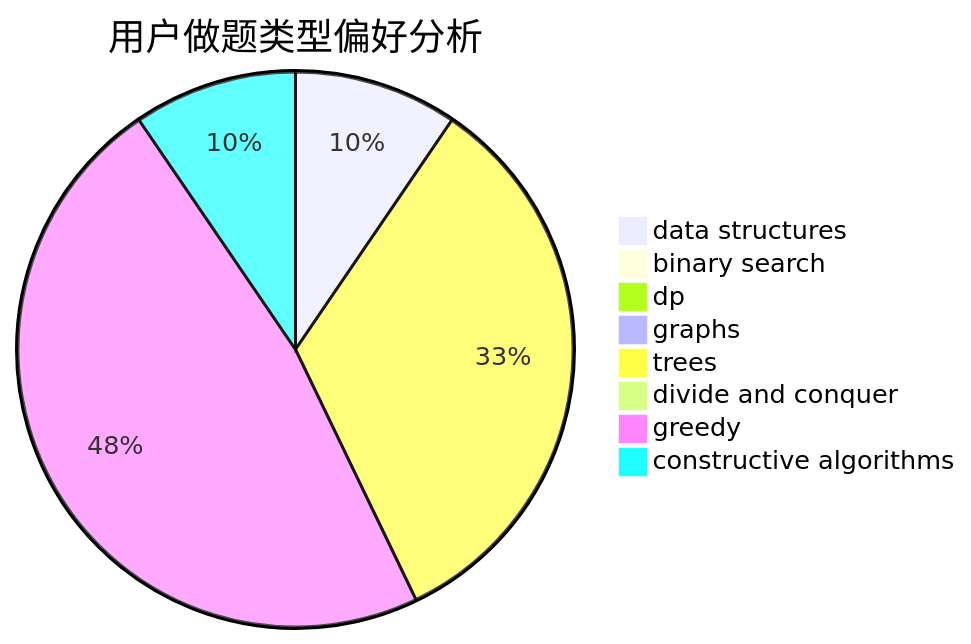
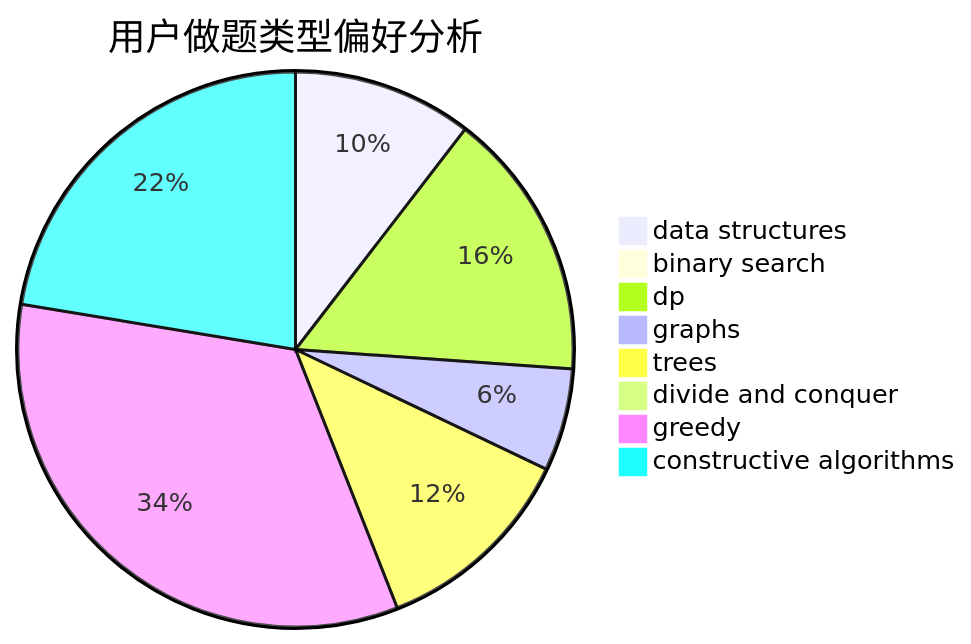
Before and after one commit to sherpahu/cfrs.github.io: the second of 3 diagrams in docs/user/u2559.md, drawn with Mermaid. The commit also changed other lines of this file and 2770 other files, not shown here.

````diff
--- a/docs/user/u2559.md
+++ b/docs/user/u2559.md
@@ -23,11 +23,11 @@
 ```mermaid
 pie title 用户做题类型偏好分析
-    "data structures" :  2
+    "data structures" :  14
     "binary search" :  0
-    "dp" :  0
-    "graphs" :  0
-    "trees" :  7
+    "dp" :  21
+    "graphs" :  8
+    "trees" :  16
     "divide and conquer" :  0
-    "greedy" :  10
-    "constructive algorithms" :  2
+    "greedy" :  45
+    "constructive algorithms" :  30
 ```
````
